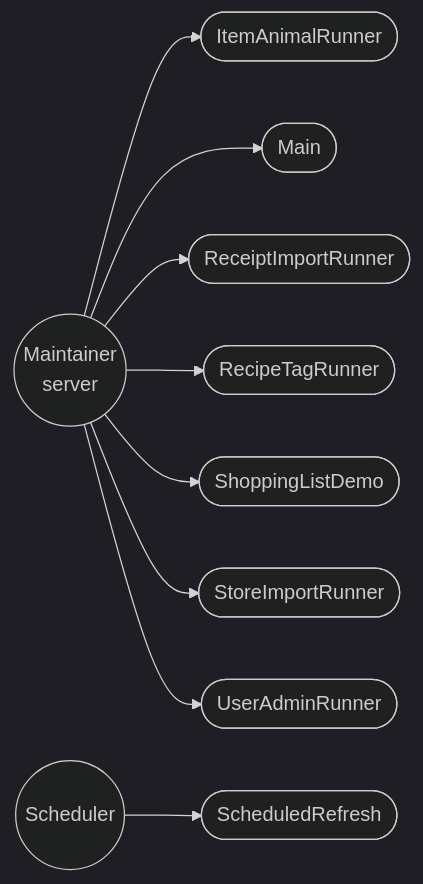
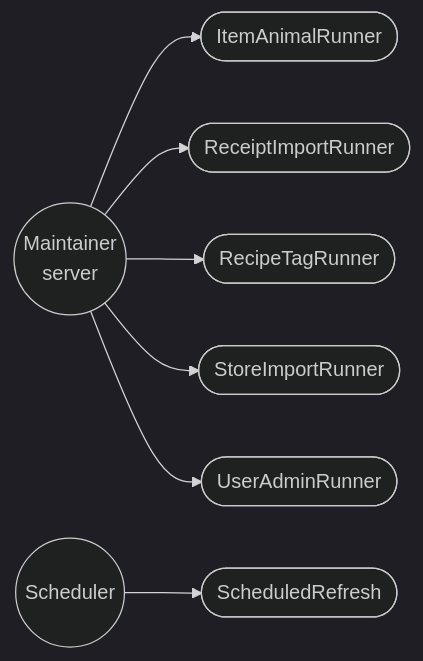
The second of 2 diagrams in docs/USE_CASES.md (Nate-ryan-7690/dahaem), drawn with Mermaid (dark theme) before and after one commit. The commit also changed other lines of this file and 31 other files, not shown here.

````diff
--- a/docs/USE_CASES.md
+++ b/docs/USE_CASES.md
@@ -90,12 +90,10 @@
 ```mermaid
 flowchart LR
     admin(("Maintainer<br/>server"))
     admin --> r0(["ItemAnimalRunner"])
-    admin --> r1(["Main"])
-    admin --> r2(["ReceiptImportRunner"])
-    admin --> r3(["RecipeTagRunner"])
-    admin --> r4(["ShoppingListDemo"])
-    admin --> r5(["StoreImportRunner"])
-    admin --> r6(["UserAdminRunner"])
+    admin --> r1(["ReceiptImportRunner"])
+    admin --> r2(["RecipeTagRunner"])
+    admin --> r3(["StoreImportRunner"])
+    admin --> r4(["UserAdminRunner"])
     cron(("Scheduler")) --> s0(["ScheduledRefresh"])
 ```
````
